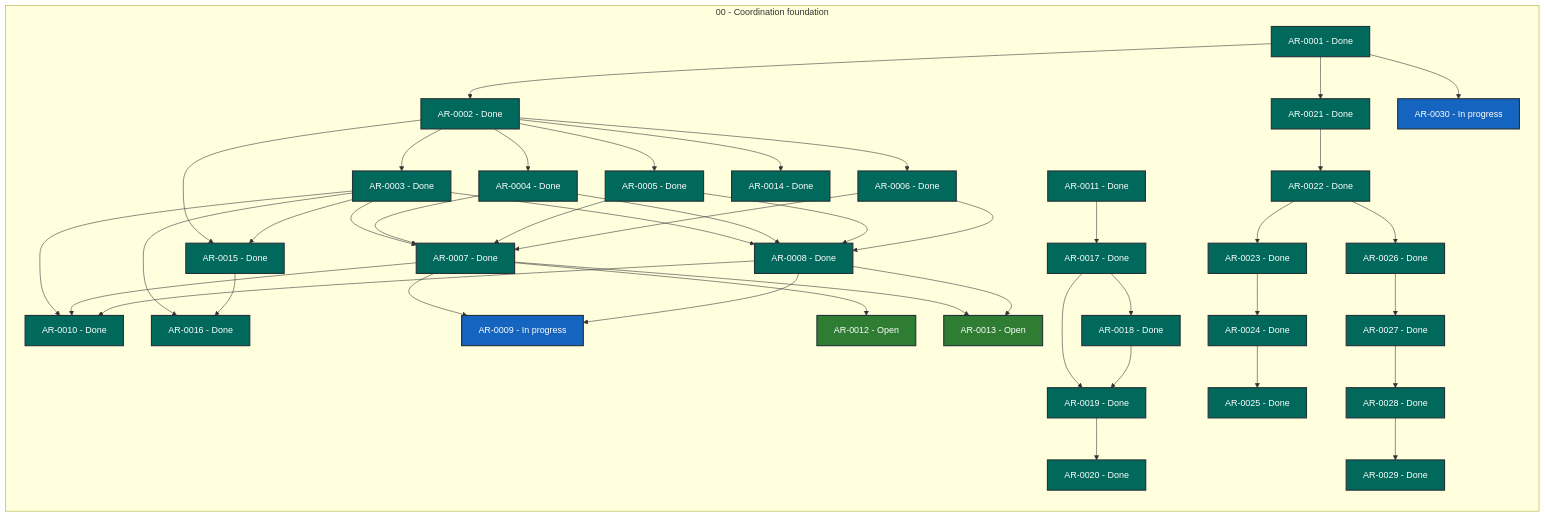
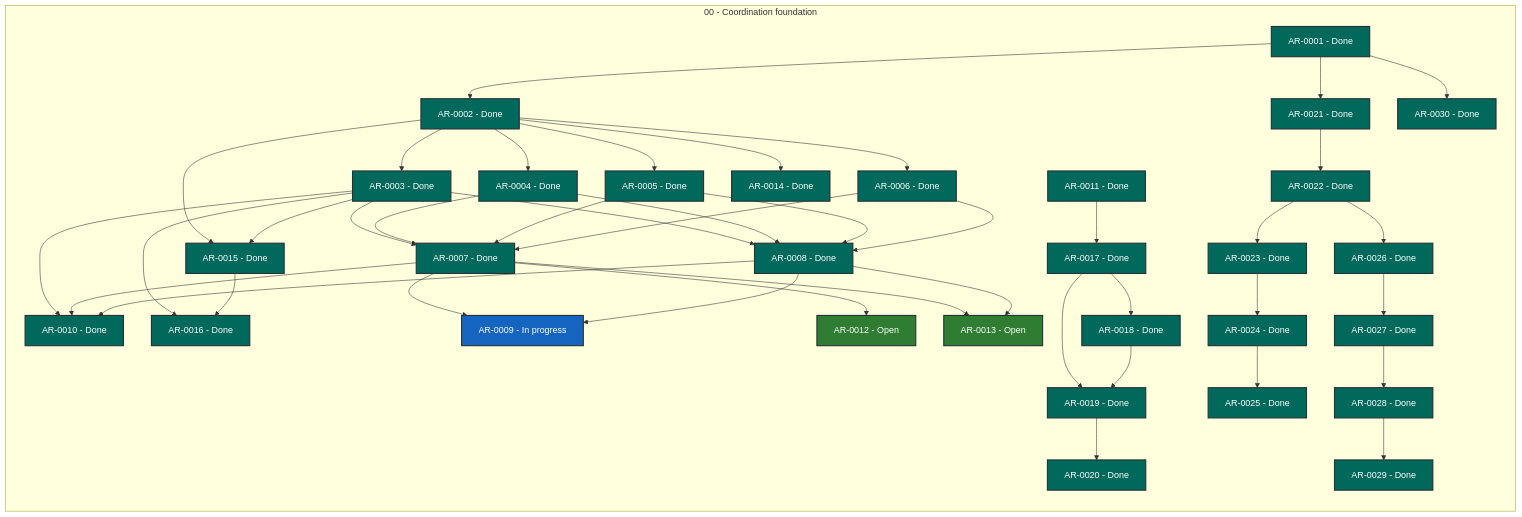
One commit to martin-beck/agent-workflow-coordinator-state changed the diagram in STATUS.md. Above: the diagram before and after it, drawn with Mermaid. The commit also changed other lines of this file and 2 other files, not shown here.

```diff
--- a/STATUS.md
+++ b/STATUS.md
@@ -57,7 +57,7 @@
         AR_0027["AR-0027 - Done"]:::status_done
         AR_0028["AR-0028 - Done"]:::status_done
         AR_0029["AR-0029 - Done"]:::status_done
-        AR_0030["AR-0030 - In progress"]:::status_in_progress
+        AR_0030["AR-0030 - Done"]:::status_done
     end
     AR_0001 --> AR_0002
     AR_0001 --> AR_0021
```
